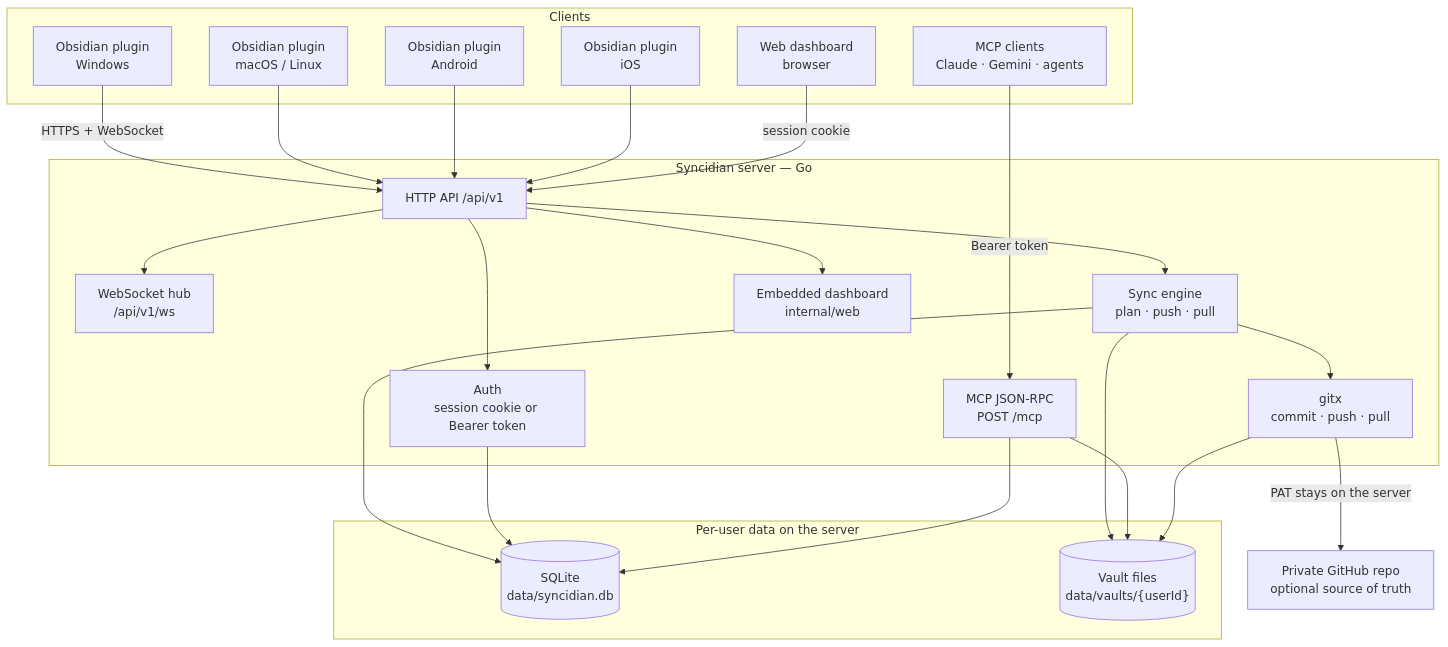
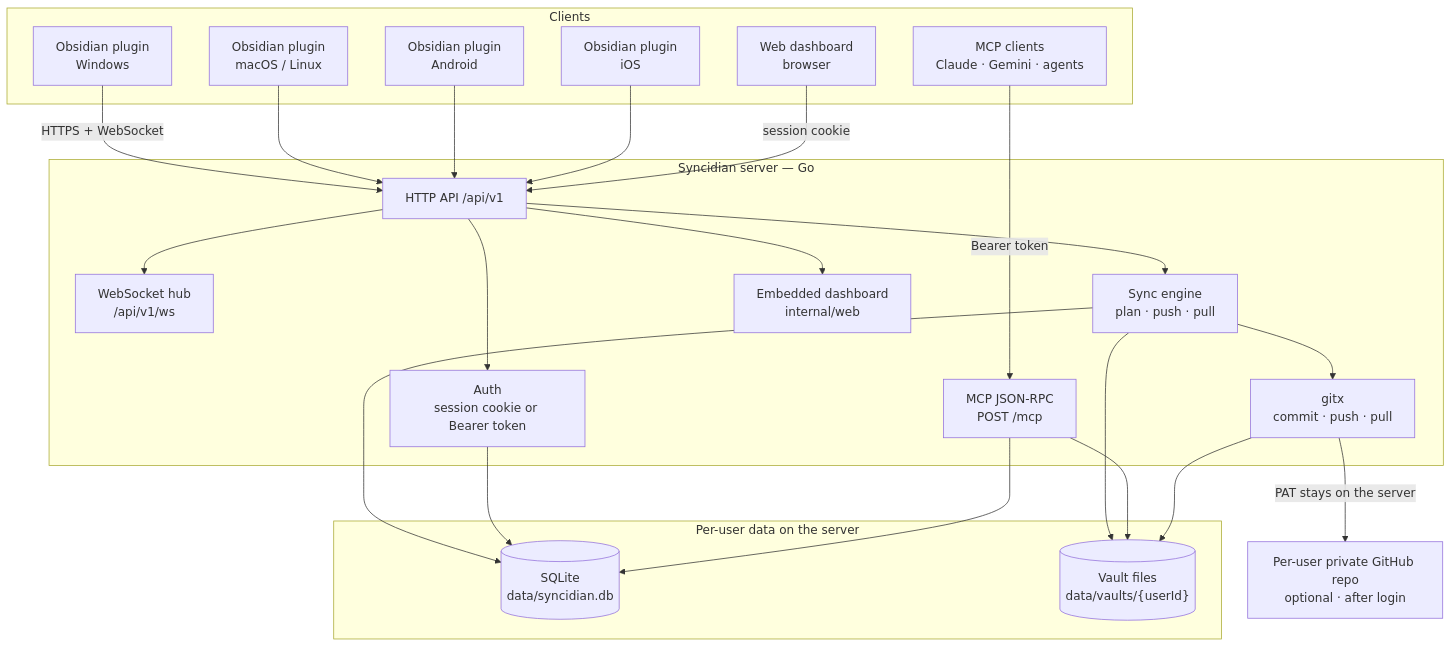
The first of 13 diagrams in docs/architecture.md (shangeethsivan/Syncidian), drawn with Mermaid before and after one commit. The commit also changed other lines of this file and 6 other files, not shown here.

First line of the commit message:
Require authentication before per-user GitHub setup

````diff
--- a/docs/architecture.md
+++ b/docs/architecture.md
@@ -11,48 +13,48 @@
 ```mermaid
 flowchart TB
   subgraph clients [Clients]
     Win["Obsidian plugin<br/>Windows"]
     Mac["Obsidian plugin<br/>macOS / Linux"]
     And["Obsidian plugin<br/>Android"]
     iOS["Obsidian plugin<br/>iOS"]
     Dash["Web dashboard<br/>browser"]
     AI["MCP clients<br/>Claude · Gemini · agents"]
   end
 
   subgraph server [Syncidian server — Go]
     API["HTTP API /api/v1"]
     WS["WebSocket hub<br/>/api/v1/ws"]
     Sync["Sync engine<br/>plan · push · pull"]
     Auth["Auth<br/>session cookie or Bearer token"]
     MCP["MCP JSON-RPC<br/>POST /mcp"]
     Git["gitx<br/>commit · push · pull"]
     Web["Embedded dashboard<br/>internal/web"]
   end
 
   subgraph data [Per-user data on the server]
     SQLite[("SQLite<br/>data/syncidian.db")]
     Vault[("Vault files<br/>data/vaults/{userId}")]
   end
 
-  GH["Private GitHub repo<br/>optional source of truth"]
+  GH["Per-user private GitHub repo<br/>optional · after login"]
 
   Win -->|"HTTPS + WebSocket"| API
   Mac --> API
   And --> API
   iOS --> API
   Dash -->|"session cookie"| API
   AI -->|"Bearer token"| MCP
 
   API --> Auth
   API --> Sync
   API --> WS
   API --> Web
   Sync --> Vault
   Sync --> SQLite
   Auth --> SQLite
   MCP --> Vault
   MCP --> SQLite
   Sync --> Git
   Git --> Vault
   Git -->|"PAT stays on the server"| GH
 ```
````
